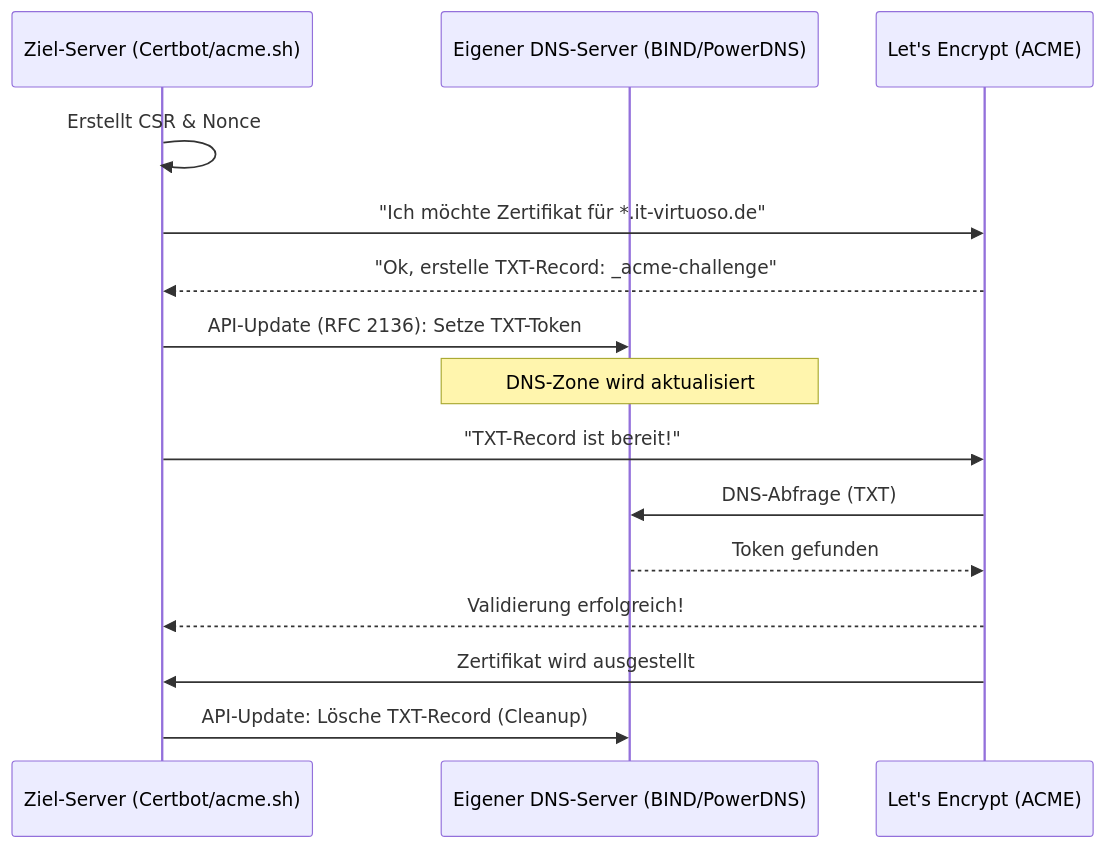
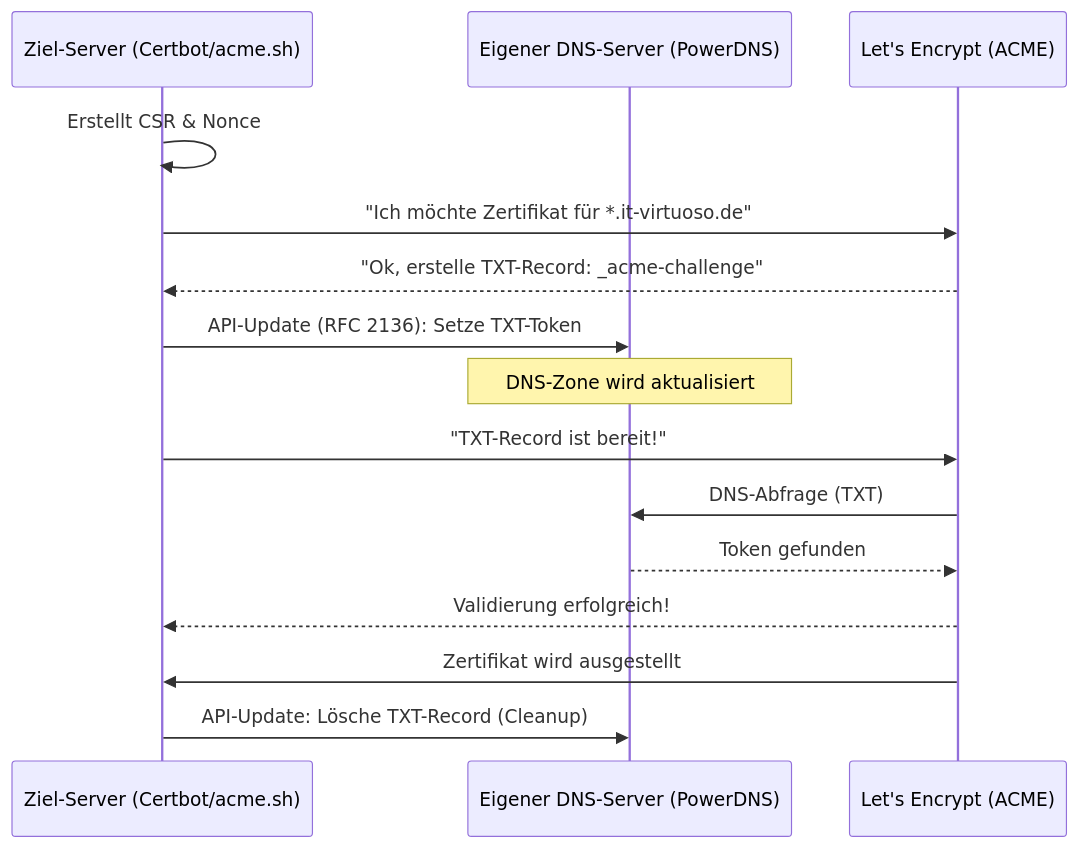
Before and after one commit to rombey86/mkdocs: the diagram in docs/linux/acme-dns.md, drawn with Mermaid.

Commit message:
Update participant name in sequence diagram

````diff
--- a/docs/linux/acme-dns.md
+++ b/docs/linux/acme-dns.md
@@ -9,18 +9,18 @@
 ```mermaid
 sequenceDiagram
     participant S as Ziel-Server (Certbot/acme.sh)
-    participant DNS as Eigener DNS-Server (BIND/PowerDNS)
+    participant DNS as Eigener DNS-Server (PowerDNS)
     participant LE as Let's Encrypt (ACME)
     
     S->>S: Erstellt CSR & Nonce
     S->>LE: "Ich möchte Zertifikat für *.it-virtuoso.de"
     LE-->>S: "Ok, erstelle TXT-Record: _acme-challenge"
     S->>DNS: API-Update (RFC 2136): Setze TXT-Token
     Note over DNS: DNS-Zone wird aktualisiert
     S->>LE: "TXT-Record ist bereit!"
     LE->>DNS: DNS-Abfrage (TXT)
     DNS-->>LE: Token gefunden
     LE-->>S: Validierung erfolgreich!
     LE->>S: Zertifikat wird ausgestellt
     S->>DNS: API-Update: Lösche TXT-Record (Cleanup)
 ```
````
